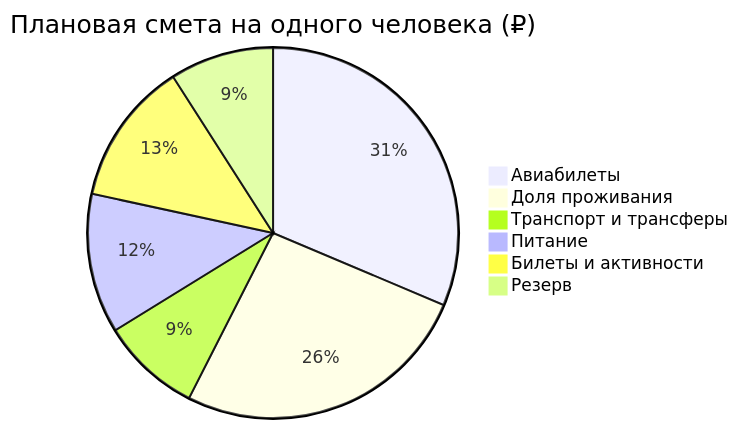
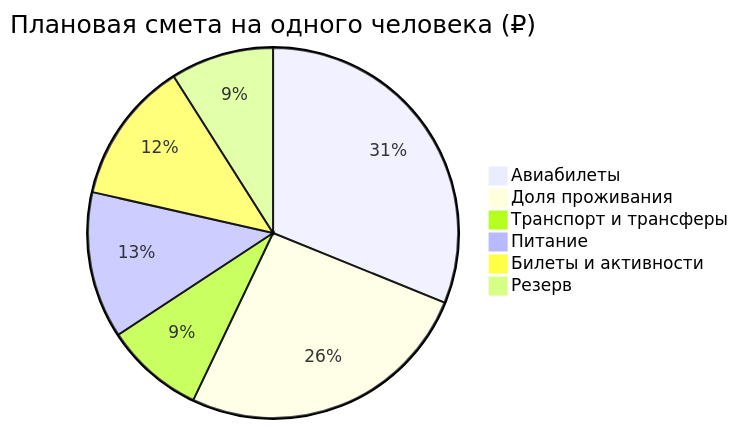
One commit to injurka/obsidian-mark changed the diagram in Personal Note/Travel/-- Владивосток/04 - Финансы/Финансы.md. Above: the diagram before and after it, drawn with Mermaid. The commit also changed other lines of this file and 19 other files, not shown here.

````diff
--- a/Personal Note/Travel/-- Владивосток/04 - Финансы/Финансы.md
+++ b/Personal Note/Travel/-- Владивосток/04 - Финансы/Финансы.md
@@ -12,9 +12,9 @@
 ```mermaid
 pie title Плановая смета на одного человека (₽)
     "Авиабилеты" : 45000
     "Доля проживания" : 37500
     "Транспорт и трансферы" : 12500
-    "Питание" : 17500
+    "Питание" : 18500
     "Билеты и активности" : 18000
     "Резерв" : 13000
 ```
````
